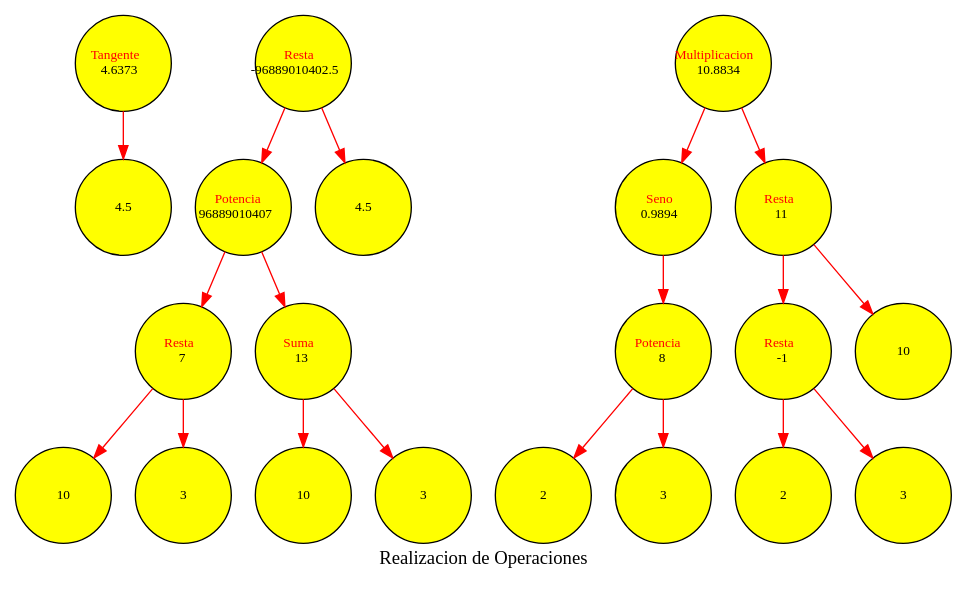
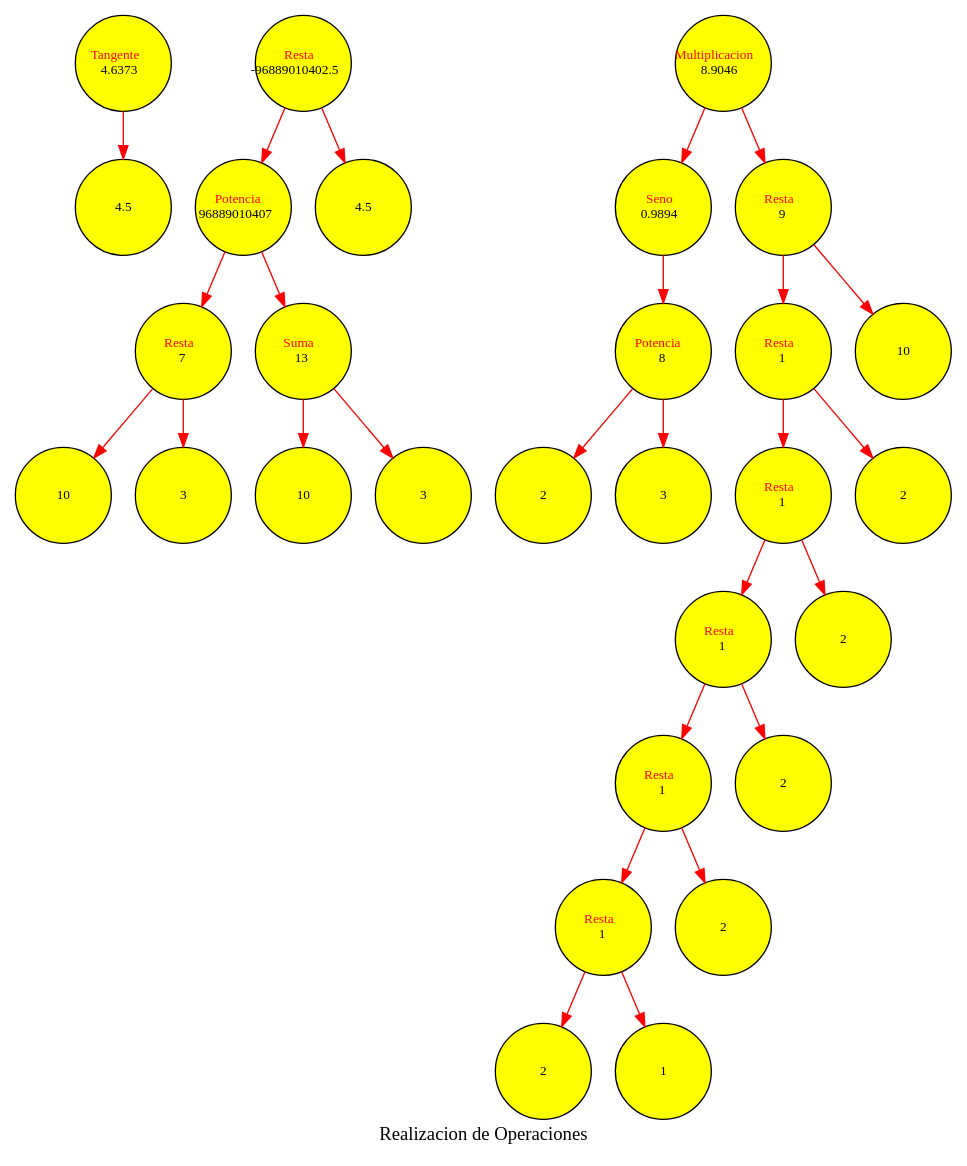
The diagram in render/nodos.dot (D3r3-k/-LFP-Proyecto-1), drawn with Graphviz before and after one commit. The commit also changed 6 other files, not shown here.

```diff
--- a/render/nodos.dot
+++ b/render/nodos.dot
@@ -1,46 +1,62 @@
 digraph{
 label = "Realizacion de Operaciones";
 node [shape = circle; fillcolor = yellow; width = 1; fixedsize = true; style = filled; color = black; fontsize = 10;];
 edge [color = "red";];
 "padre0"[label=<<font color="red">Tangente</font><br/><font color="black">4.6373</font>>, color=black]
 "padre0_hijo1"[label="4.5";color=black]
 "padre1_hijo2_hijo1"[label=<<font color="red">Resta</font><br/><font color="black">7</font>>, color=black]
 "padre1_hijo2_hijo1_hijo1"[label="10";color=black]
 "padre1_hijo2_hijo1_hijo2"[label="3";color=black]
 "padre1_hijo2_hijo2"[label=<<font color="red">Suma</font><br/><font color="black">13</font>>, color=black]
 "padre1_hijo2_hijo2_hijo1"[label="10";color=black]
 "padre1_hijo2_hijo2_hijo2"[label="3";color=black]
 "padre1_hijo2"[label=<<font color="red">Potencia</font><br/><font color="black">96889010407</font>>, color=black]
 "padre1"[label=<<font color="red">Resta</font><br/><font color="black">-96889010402.5</font>>, color=black]
 "padre1_hijo1"[label="4.5";color=black]
 "padre2_hijo1_hijo1"[label=<<font color="red">Potencia</font><br/><font color="black">8</font>>, color=black]
 "padre2_hijo1_hijo1_hijo1"[label="2";color=black]
 "padre2_hijo1_hijo1_hijo2"[label="3";color=black]
 "padre2_hijo1"[label=<<font color="red">Seno</font><br/><font color="black">0.9894</font>>, color=black]
-"padre2_hijo2_hijo2"[label=<<font color="red">Resta</font><br/><font color="black">-1</font>>, color=black]
+"padre2_hijo2_hijo2_hijo2_hijo2_hijo2_hijo2"[label=<<font color="red">Resta</font><br/><font color="black">1</font>>, color=black]
+"padre2_hijo2_hijo2_hijo2_hijo2_hijo2_hijo2_hijo1"[label="2";color=black]
+"padre2_hijo2_hijo2_hijo2_hijo2_hijo2_hijo2_hijo2"[label="1";color=black]
+"padre2_hijo2_hijo2_hijo2_hijo2_hijo2"[label=<<font color="red">Resta</font><br/><font color="black">1</font>>, color=black]
+"padre2_hijo2_hijo2_hijo2_hijo2_hijo2_hijo1"[label="2";color=black]
+"padre2_hijo2_hijo2_hijo2_hijo2"[label=<<font color="red">Resta</font><br/><font color="black">1</font>>, color=black]
+"padre2_hijo2_hijo2_hijo2_hijo2_hijo1"[label="2";color=black]
+"padre2_hijo2_hijo2_hijo2"[label=<<font color="red">Resta</font><br/><font color="black">1</font>>, color=black]
+"padre2_hijo2_hijo2_hijo2_hijo1"[label="2";color=black]
+"padre2_hijo2_hijo2"[label=<<font color="red">Resta</font><br/><font color="black">1</font>>, color=black]
 "padre2_hijo2_hijo2_hijo1"[label="2";color=black]
-"padre2_hijo2_hijo2_hijo2"[label="3";color=black]
-"padre2_hijo2"[label=<<font color="red">Resta</font><br/><font color="black">11</font>>, color=black]
+"padre2_hijo2"[label=<<font color="red">Resta</font><br/><font color="black">9</font>>, color=black]
 "padre2_hijo2_hijo1"[label="10";color=black]
-"padre2"[label=<<font color="red">Multiplicacion</font><br/><font color="black">10.8834</font>>, color=black]
+"padre2"[label=<<font color="red">Multiplicacion</font><br/><font color="black">8.9046</font>>, color=black]
 
 
 "padre0"->"padre0_hijo1"
 "padre1_hijo2_hijo1"->"padre1_hijo2_hijo1_hijo1"
 "padre1_hijo2_hijo1"->"padre1_hijo2_hijo1_hijo2"
 "padre1_hijo2_hijo2"->"padre1_hijo2_hijo2_hijo1"
 "padre1_hijo2_hijo2"->"padre1_hijo2_hijo2_hijo2"
 "padre1_hijo2"->"padre1_hijo2_hijo1"
 "padre1_hijo2"->"padre1_hijo2_hijo2"
 "padre1"->"padre1_hijo1"
 "padre1"->"padre1_hijo2"
 "padre2_hijo1_hijo1"->"padre2_hijo1_hijo1_hijo1"
 "padre2_hijo1_hijo1"->"padre2_hijo1_hijo1_hijo2"
 "padre2_hijo1"->"padre2_hijo1_hijo1"
+"padre2_hijo2_hijo2_hijo2_hijo2_hijo2_hijo2"->"padre2_hijo2_hijo2_hijo2_hijo2_hijo2_hijo2_hijo1"
+"padre2_hijo2_hijo2_hijo2_hijo2_hijo2_hijo2"->"padre2_hijo2_hijo2_hijo2_hijo2_hijo2_hijo2_hijo2"
+"padre2_hijo2_hijo2_hijo2_hijo2_hijo2"->"padre2_hijo2_hijo2_hijo2_hijo2_hijo2_hijo1"
+"padre2_hijo2_hijo2_hijo2_hijo2_hijo2"->"padre2_hijo2_hijo2_hijo2_hijo2_hijo2_hijo2"
+"padre2_hijo2_hijo2_hijo2_hijo2"->"padre2_hijo2_hijo2_hijo2_hijo2_hijo1"
+"padre2_hijo2_hijo2_hijo2_hijo2"->"padre2_hijo2_hijo2_hijo2_hijo2_hijo2"
+"padre2_hijo2_hijo2_hijo2"->"padre2_hijo2_hijo2_hijo2_hijo1"
+"padre2_hijo2_hijo2_hijo2"->"padre2_hijo2_hijo2_hijo2_hijo2"
 "padre2_hijo2_hijo2"->"padre2_hijo2_hijo2_hijo1"
 "padre2_hijo2_hijo2"->"padre2_hijo2_hijo2_hijo2"
 "padre2_hijo2"->"padre2_hijo2_hijo1"
 "padre2_hijo2"->"padre2_hijo2_hijo2"
 "padre2"->"padre2_hijo1"
 "padre2"->"padre2_hijo2"
 }
```
